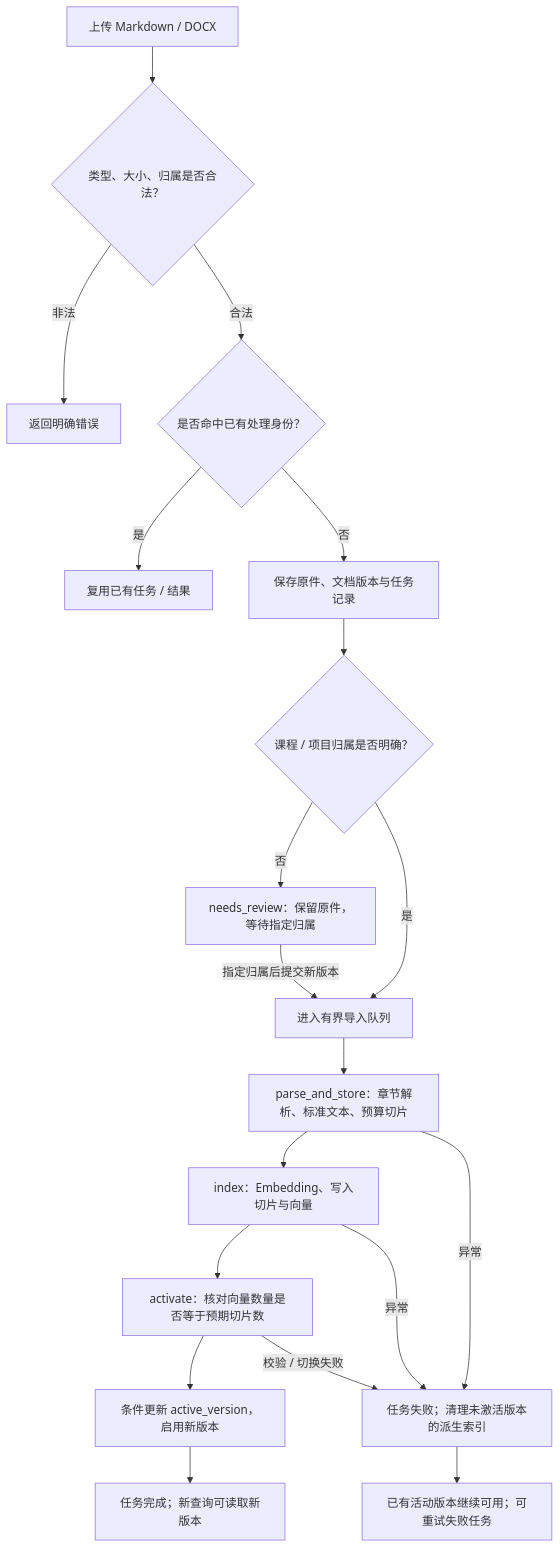
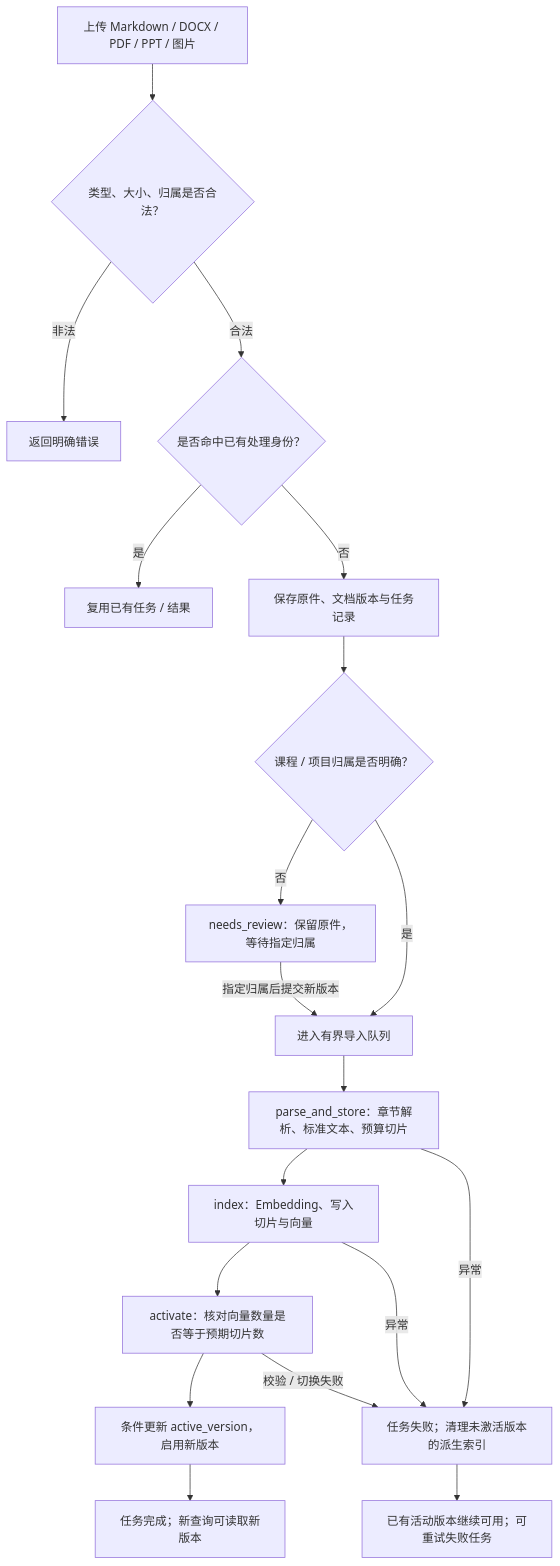
One commit to hucheng-learn/RAG-ZhiChengAPP changed the second of 3 diagrams in docs/项目讲解与演示-v0.1.md. Above: the diagram before and after it, drawn with Mermaid. The commit also changed other lines of this file and 20 other files, not shown here.

````diff
--- a/docs/项目讲解与演示-v0.1.md
+++ b/docs/项目讲解与演示-v0.1.md
@@ -131,21 +135,21 @@
 ```mermaid
 flowchart TD
-    A["上传 Markdown / DOCX"] --> B{"类型、大小、归属是否合法？"}
+    A["上传 Markdown / DOCX / PDF / PPT / 图片"] --> B{"类型、大小、归属是否合法？"}
     B -->|"非法"| X["返回明确错误"]
     B -->|"合法"| C{"是否命中已有处理身份？"}
     C -->|"是"| D["复用已有任务 / 结果"]
     C -->|"否"| E["保存原件、文档版本与任务记录"]
     E --> F{"课程 / 项目归属是否明确？"}
     F -->|"否"| G["needs_review：保留原件，等待指定归属"]
     G -->|"指定归属后提交新版本"| H["进入有界导入队列"]
     F -->|"是"| H
     H --> I["parse_and_store：章节解析、标准文本、预算切片"]
     I --> J["index：Embedding、写入切片与向量"]
     J --> K["activate：核对向量数量是否等于预期切片数"]
     K --> L["条件更新 active_version，启用新版本"]
     L --> M["任务完成；新查询可读取新版本"]
     I -->|"异常"| N["任务失败；清理未激活版本的派生索引"]
     J -->|"异常"| N
     K -->|"校验 / 切换失败"| N
     N --> O["已有活动版本继续可用；可重试失败任务"]
 ```
````
